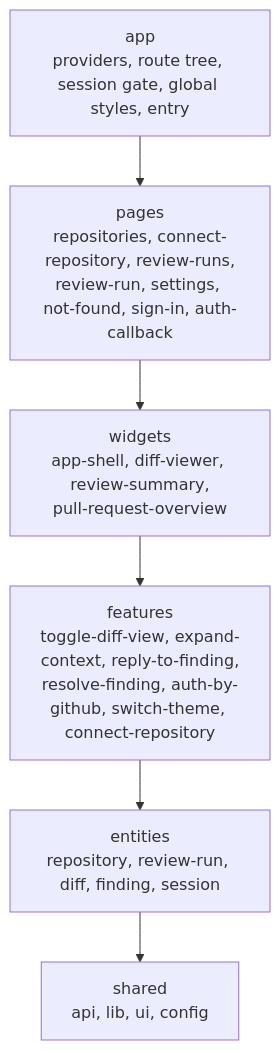
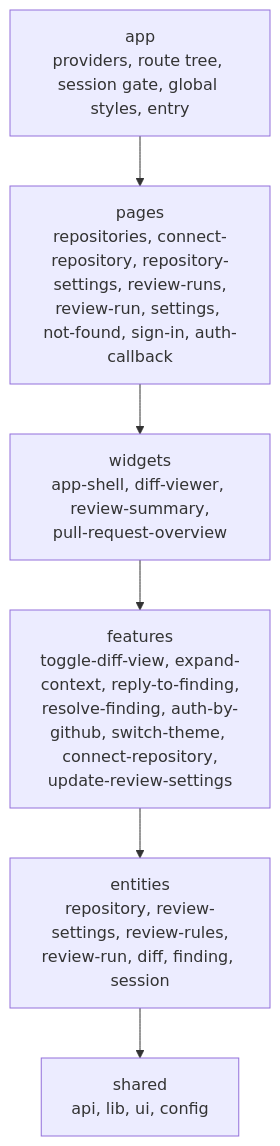
One commit to larchanka-training/dmc-268-ui-t3 changed the first of 2 diagrams in FRONTEND_ARCHITECTURE.md. Above: the diagram before and after it, drawn with Mermaid. The commit also changed other lines of this file and 72 other files, not shown here.

````diff
--- a/FRONTEND_ARCHITECTURE.md
+++ b/FRONTEND_ARCHITECTURE.md
@@ -9,9 +9,9 @@
 ```mermaid
 flowchart TD
   app["app<br/>providers, route tree, session gate, global styles, entry"] --> pages
-  pages["pages<br/>repositories, connect-repository, review-runs,<br/>review-run, settings, not-found, sign-in, auth-callback"] --> widgets
+  pages["pages<br/>repositories, connect-repository, repository-settings, review-runs,<br/>review-run, settings, not-found, sign-in, auth-callback"] --> widgets
   widgets["widgets<br/>app-shell, diff-viewer, review-summary,<br/>pull-request-overview"] --> features
-  features["features<br/>toggle-diff-view, expand-context, reply-to-finding,<br/>resolve-finding, auth-by-github, switch-theme, connect-repository"] --> entities
-  entities["entities<br/>repository, review-run, diff, finding, session"] --> shared
+  features["features<br/>toggle-diff-view, expand-context, reply-to-finding,<br/>resolve-finding, auth-by-github, switch-theme, connect-repository,<br/>update-review-settings"] --> entities
+  entities["entities<br/>repository, review-settings, review-rules,<br/>review-run, diff, finding, session"] --> shared
   shared["shared<br/>api, lib, ui, config"]
 ```
````
